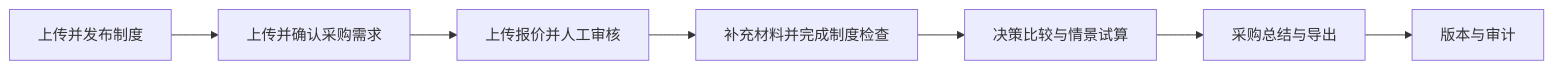
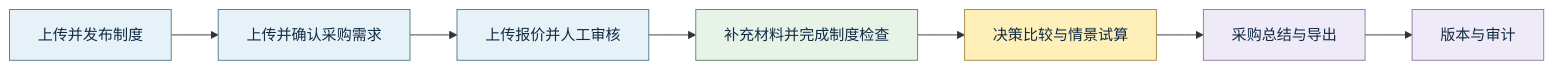
The first of 2 diagrams in README.zh-CN.md (daydreamer17/Team-QQFARM), drawn with Mermaid before and after one commit. The commit also changed other lines of this file and 12 other files, not shown here.

````diff
--- a/README.zh-CN.md
+++ b/README.zh-CN.md
@@ -29,9 +81,17 @@
 ```mermaid
 flowchart LR
     P[上传并发布制度] --> R[上传并确认采购需求]
     R --> Q[上传报价并人工审核]
     Q --> C[补充材料并完成制度检查]
     C --> D[决策比较与情景试算]
     D --> S[采购总结与导出]
     S --> A[版本与审计]
+    classDef sky fill:#E7F2F8,stroke:#517B91,color:#102A43
+    classDef sage fill:#E8F3E8,stroke:#5B8871,color:#102A43
+    classDef gold fill:#FFF0BA,stroke:#AA8745,color:#102A43
+    classDef lilac fill:#EFEAF7,stroke:#8E7BA4,color:#102A43
+    class P,R,Q sky
+    class C sage
+    class D gold
+    class S,A lilac
 ```
````
